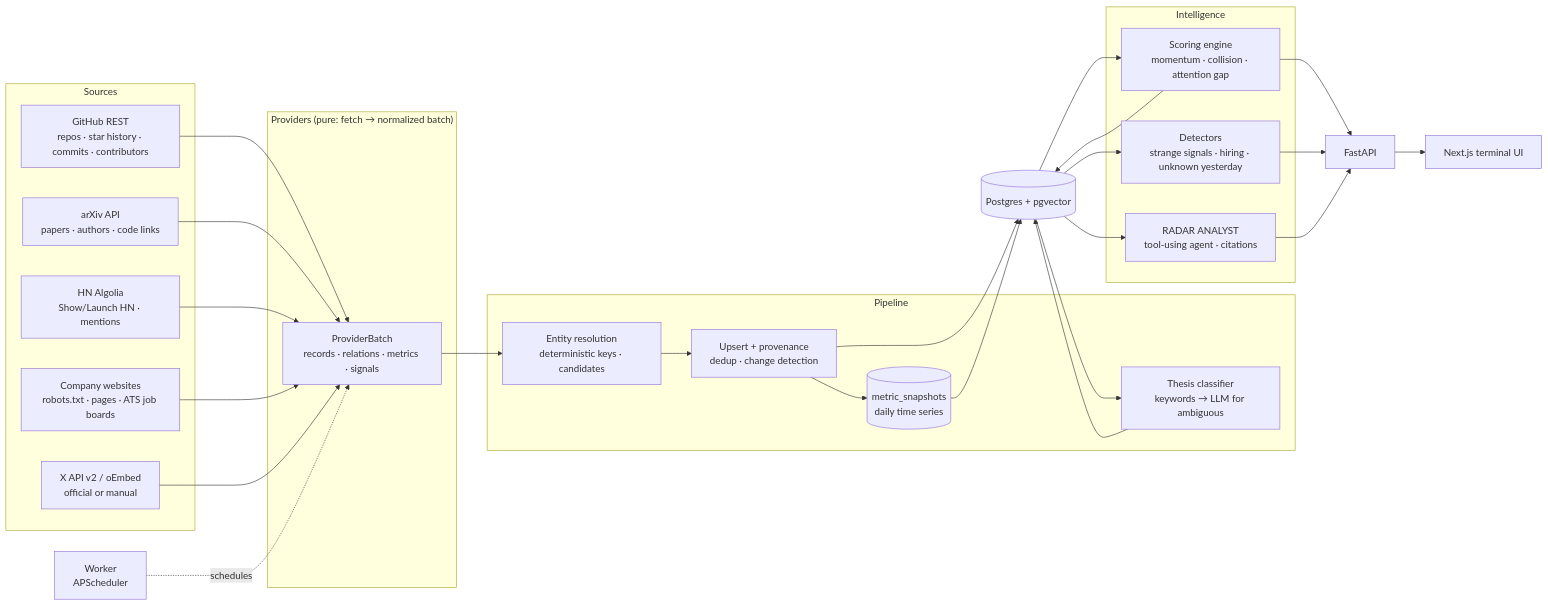
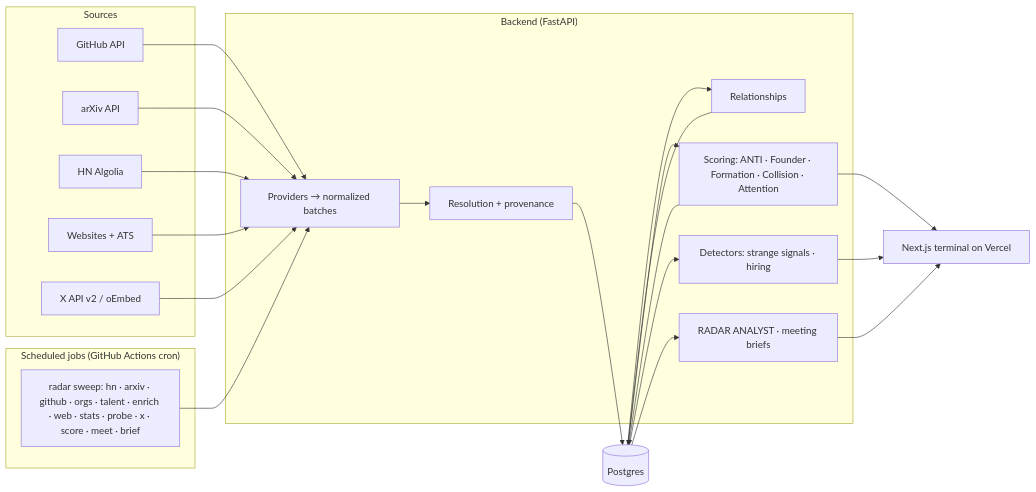
Before and after one commit to armaansingla14/Anti-Radar: the diagram in README.md, drawn with Mermaid. The commit also changed other lines of this file and 61 other files, not shown here.

Commit message:
M8/M9: /demo guided flow + Playwright tour/recording + demo script & shot list + screenshots; polish (provider health, collision copy, person data age), perf (memoized feeds, read-path indexes), security (route-enumerated admin gate test, proxy policy, injection fencing), README V2

````diff
--- a/README.md
+++ b/README.md
@@ -145,36 +121,31 @@
 ```mermaid
 flowchart LR
     subgraph Sources
-        GH[GitHub REST<br/>repos · star history · commits · contributors]
-        AX[arXiv API<br/>papers · authors · code links]
-        HN[HN Algolia<br/>Show/Launch HN · mentions]
-        WEB[Company websites<br/>robots.txt · pages · ATS job boards]
-        X[X API v2 / oEmbed<br/>official or manual]
+        GH[GitHub API]
+        AX[arXiv API]
+        HN[HN Algolia]
+        WEB[Websites + ATS]
+        X[X API v2 / oEmbed]
     end
-    subgraph Providers["Providers (pure: fetch → normalized batch)"]
-        P[ProviderBatch<br/>records · relations · metrics · signals]
+    subgraph Jobs["Scheduled jobs (GitHub Actions cron)"]
+        SW["radar sweep: hn · arxiv · github · orgs · talent · enrich · web · stats · probe · x · score · meet · brief"]
     end
-    subgraph Pipeline
-        R[Entity resolution<br/>deterministic keys · candidates]
-        I[Upsert + provenance<br/>dedup · change detection]
-        T[(metric_snapshots<br/>daily time series)]
-        C[Thesis classifier<br/>keywords → LLM for ambiguous]
+    subgraph Core["Backend (FastAPI)"]
+        P[Providers → normalized batches]
+        R[Resolution + provenance]
+        REL[Relationships]
+        S[Scoring: ANTI · Founder · Formation · Collision · Attention]
+        D[Detectors: strange signals · hiring]
+        A[RADAR ANALYST · meeting briefs]
     end
-    subgraph Intelligence
-        S[Scoring engine<br/>momentum · collision · attention gap]
-        D[Detectors<br/>strange signals · hiring · unknown yesterday]
-        A[RADAR ANALYST<br/>tool-using agent · citations]
-    end
-    DB[(Postgres + pgvector)]
-    API[FastAPI]
-    UI[Next.js terminal UI]
+    DB[(Postgres)]
+    UI[Next.js terminal on Vercel]
 
-    GH & AX & HN & WEB & X --> P --> R --> I --> DB
-    I --> T --> DB
-    DB --> C --> DB
+    GH & AX & HN & WEB & X --> P
+    SW --> P --> R --> DB
+    DB --> REL --> DB
     DB --> S --> DB
     DB --> D
     DB --> A
-    S & D & A --> API --> UI
-    W[Worker<br/>APScheduler] -. schedules .-> P
+    S & D & A --> UI
 ```
````
